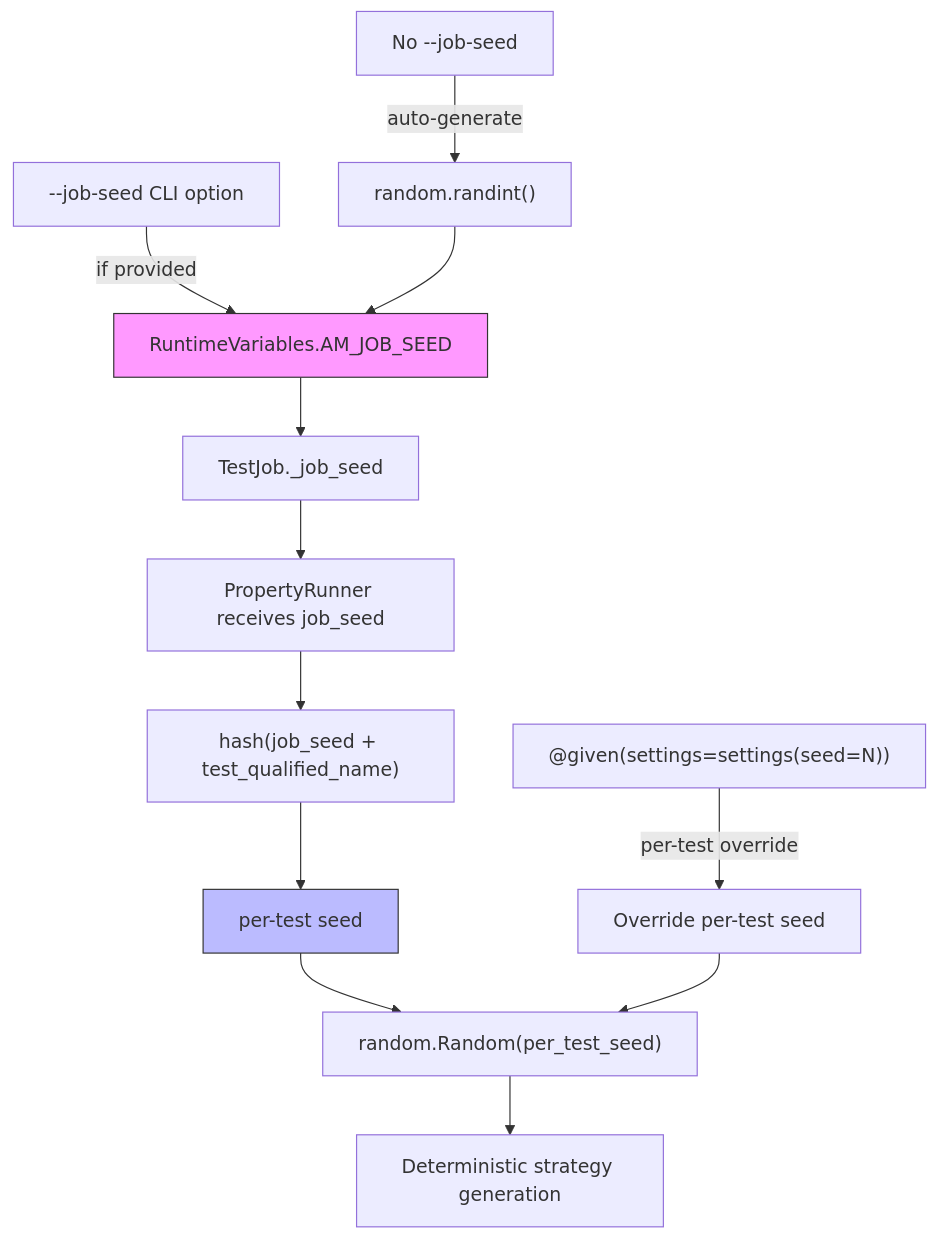
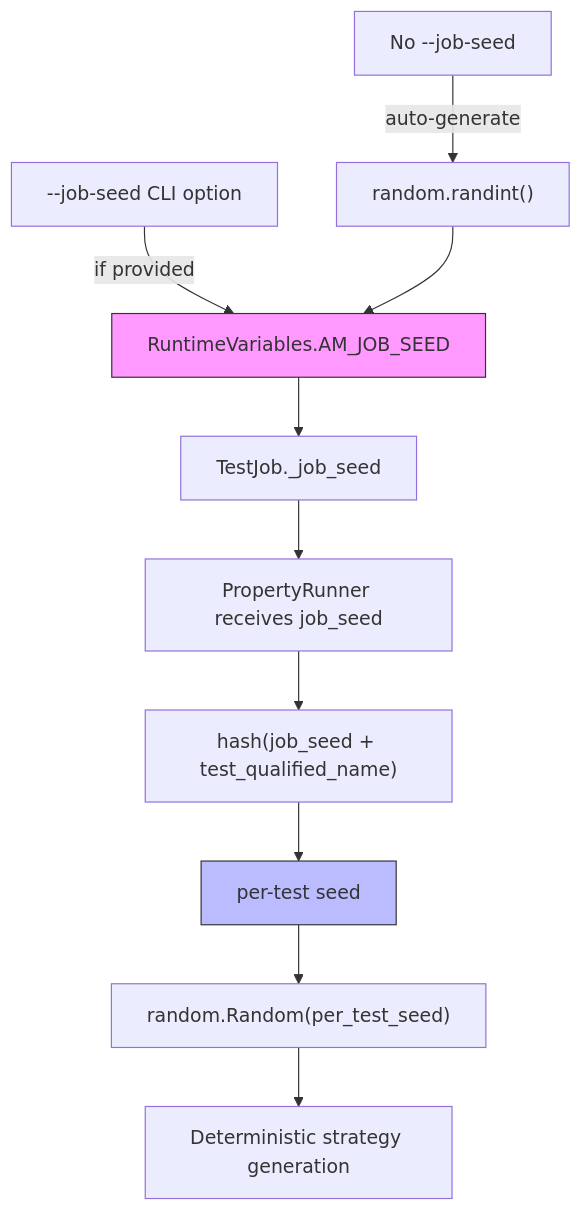
Before and after one commit to code-craft-ai-company/codecraftai-testbase: the seventh of 10 diagrams in specs/property-testing/design.md, drawn with Mermaid. The commit also changed other lines of this file and 15 other files, not shown here.

````diff
--- a/specs/property-testing/design.md
+++ b/specs/property-testing/design.md
@@ -355,18 +356,15 @@
 ```mermaid
 flowchart TD
     A["--job-seed CLI option"] -->|"if provided"| B["RuntimeVariables.AM_JOB_SEED"]
     C["No --job-seed"] -->|"auto-generate"| D["random.randint()"]
     D --> B
     B --> E["TestJob._job_seed"]
     E --> F["PropertyRunner receives job_seed"]
     F --> G["hash(job_seed + test_qualified_name)"]
     G --> H["per-test seed"]
     H --> I["random.Random(per_test_seed)"]
     I --> J["Deterministic strategy generation"]
 
-    K["@given(settings=settings(seed=N))"] -->|"per-test override"| L["Override per-test seed"]
-    L --> I
-
     style B fill:#f9f,stroke:#333
     style H fill:#bbf,stroke:#333
 ```
````
